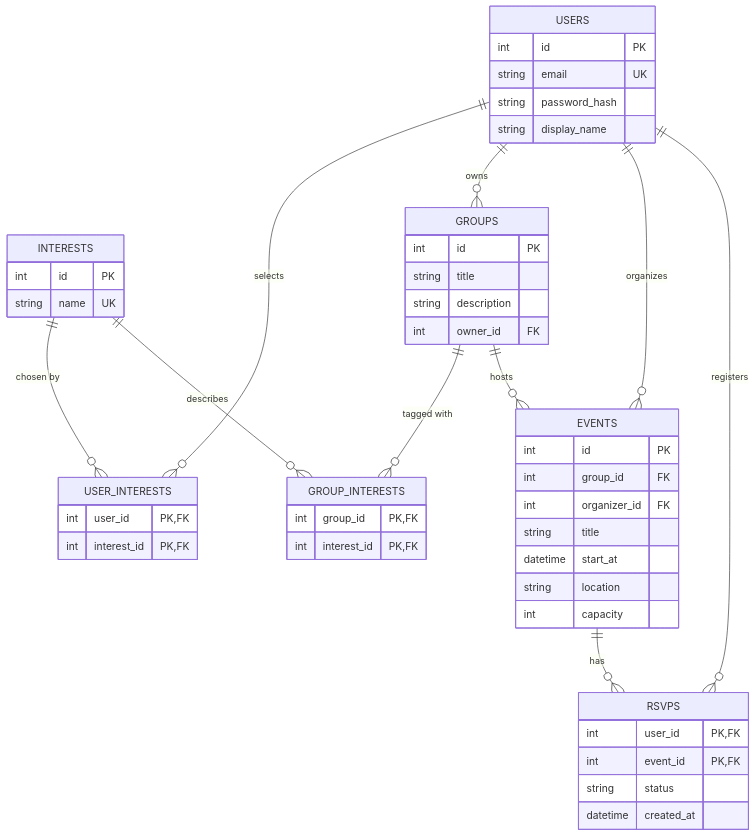
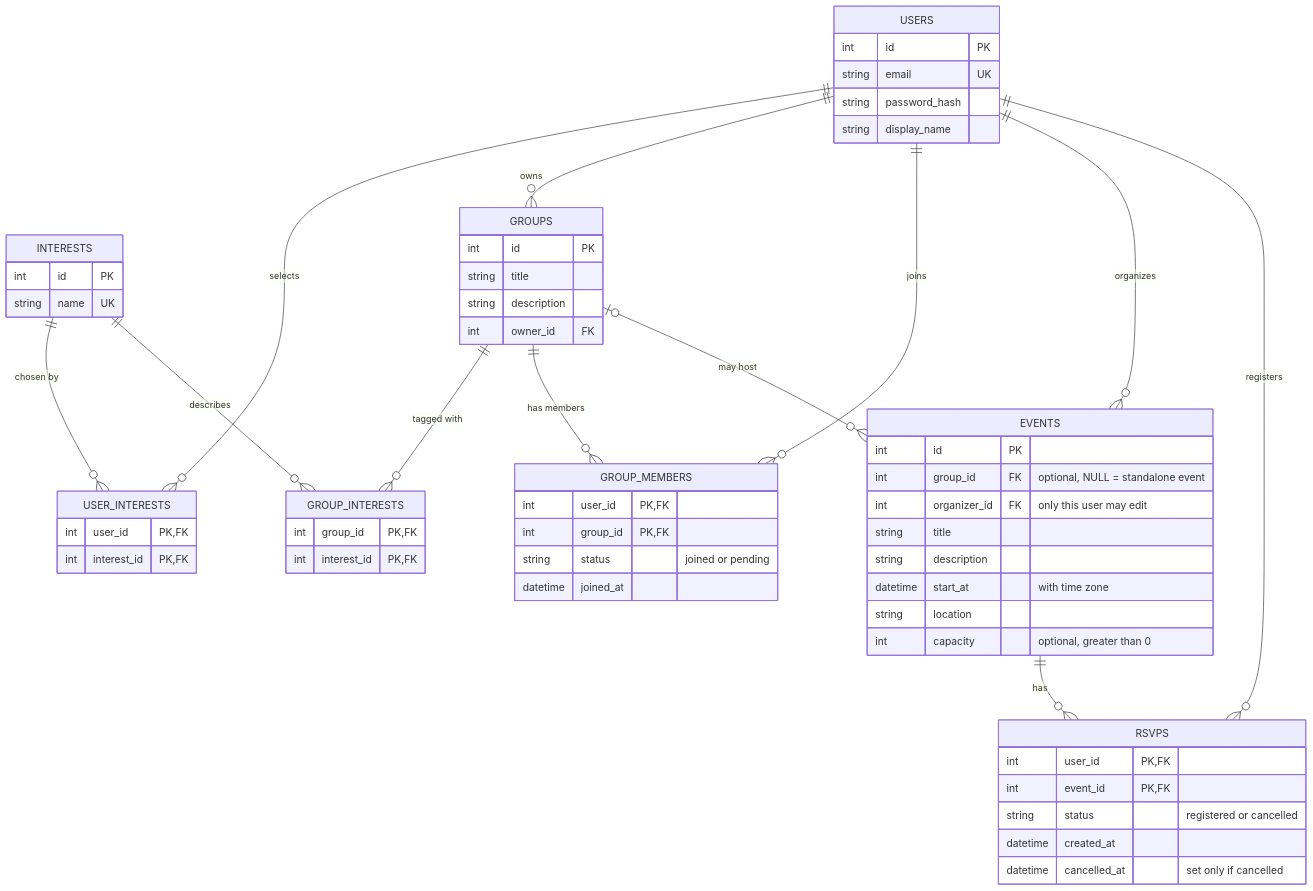
The diagram in diagrams/er-diagram.mmd (NabievaUlzhan/interest-based-group-matching), drawn with Mermaid before and after one commit. The commit also changed 12 other files, not shown here.

Commit message:
IBS-8: Address review comments (permissions, NFR refs, use cases, ER model)

```diff
--- a/diagrams/er-diagram.mmd
+++ b/diagrams/er-diagram.mmd
@@ -1,50 +1,60 @@
 erDiagram
     USERS ||--o{ USER_INTERESTS : "selects"
     INTERESTS ||--o{ USER_INTERESTS : "chosen by"
     GROUPS ||--o{ GROUP_INTERESTS : "tagged with"
     INTERESTS ||--o{ GROUP_INTERESTS : "describes"
     USERS ||--o{ GROUPS : "owns"
-    GROUPS ||--o{ EVENTS : "hosts"
+    USERS ||--o{ GROUP_MEMBERS : "joins"
+    GROUPS ||--o{ GROUP_MEMBERS : "has members"
+    GROUPS |o--o{ EVENTS : "may host"
     USERS ||--o{ EVENTS : "organizes"
     USERS ||--o{ RSVPS : "registers"
     EVENTS ||--o{ RSVPS : "has"
 
     USERS {
         int id PK
         string email UK
         string password_hash
         string display_name
     }
     INTERESTS {
         int id PK
         string name UK
     }
     USER_INTERESTS {
         int user_id PK, FK
         int interest_id PK, FK
     }
     GROUPS {
         int id PK
         string title
         string description
         int owner_id FK
     }
     GROUP_INTERESTS {
         int group_id PK, FK
         int interest_id PK, FK
     }
+    GROUP_MEMBERS {
+        int user_id PK, FK
+        int group_id PK, FK
+        string status "joined or pending"
+        datetime joined_at
+    }
     EVENTS {
         int id PK
-        int group_id FK
-        int organizer_id FK
+        int group_id FK "optional, NULL = standalone event"
+        int organizer_id FK "only this user may edit"
         string title
-        datetime start_at
+        string description
+        datetime start_at "with time zone"
         string location
-        int capacity
+        int capacity "optional, greater than 0"
     }
     RSVPS {
         int user_id PK, FK
         int event_id PK, FK
-        string status
+        string status "registered or cancelled"
         datetime created_at
+        datetime cancelled_at "set only if cancelled"
     }
```
